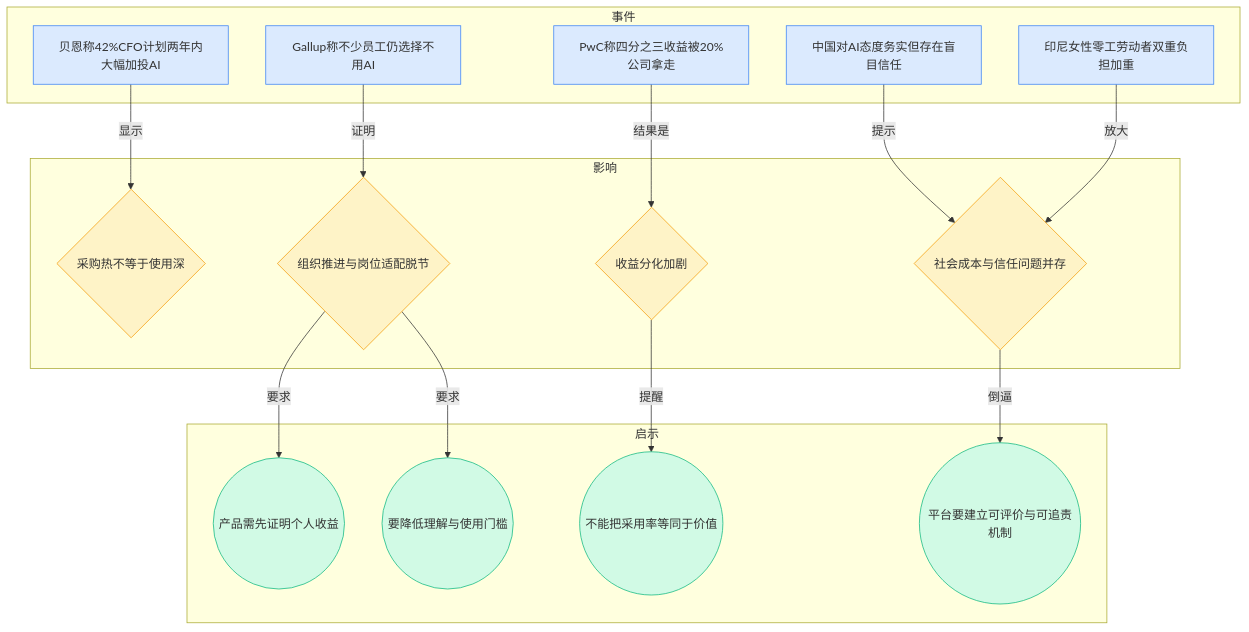
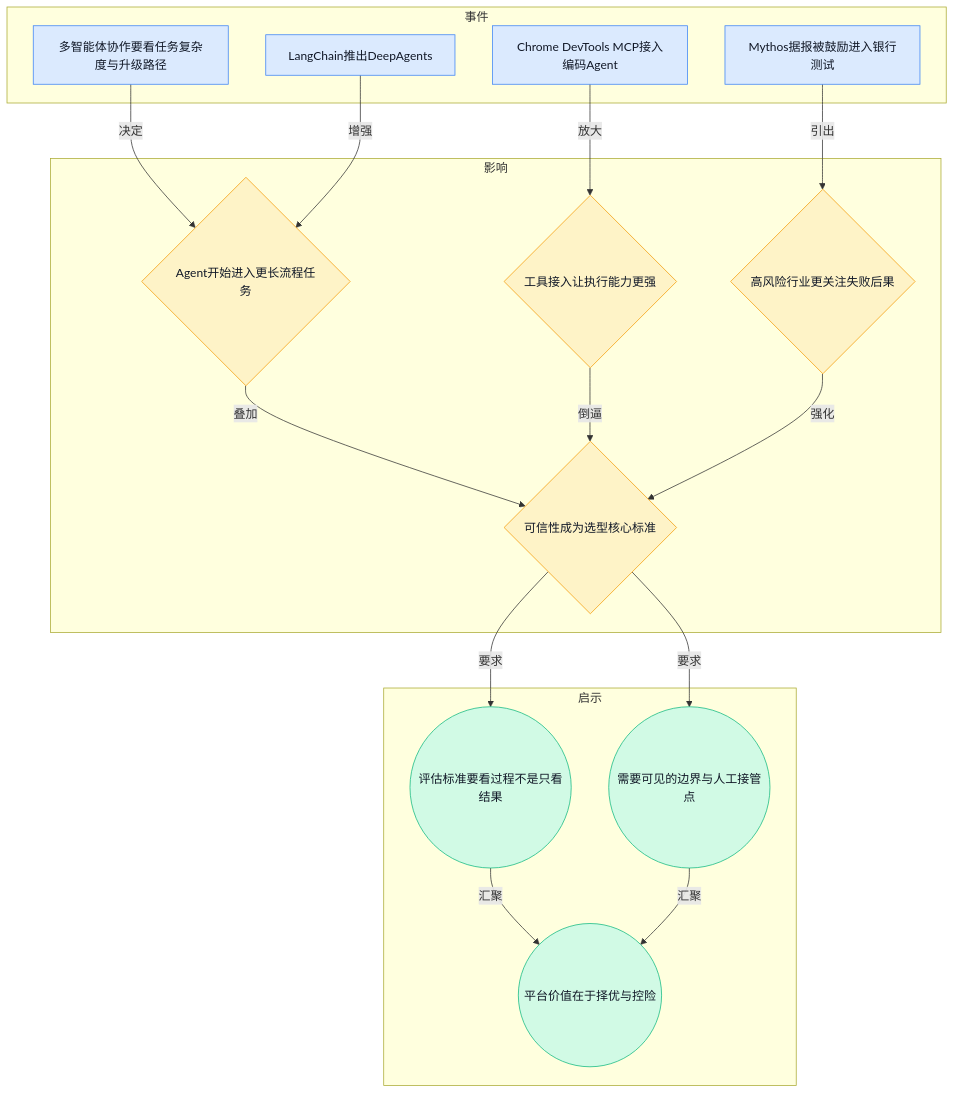
The sixth of 8 diagrams in content/cn/blog/weekly/2026-W16.md (ylzsdafei/ai-daily-site), drawn with Mermaid before and after one commit. The commit also changed other lines of this file and 1 other file, not shown here.

````diff
--- a/content/cn/blog/weekly/2026-W16.md
+++ b/content/cn/blog/weekly/2026-W16.md
@@ -167,37 +158,37 @@
 ```mermaid
 graph TD
 subgraph 事件
-A1[贝恩称42%CFO计划两年内大幅加投AI]
-A2[Gallup称不少员工仍选择不用AI]
-A3[PwC称四分之三收益被20%公司拿走]
-A4[中国对AI态度务实但存在盲目信任]
-A5[印尼女性零工劳动者双重负担加重]
+A[多智能体协作要看任务复杂度与升级路径]
+B[LangChain推出DeepAgents]
+C[Chrome DevTools MCP接入编码Agent]
+D[Mythos据报被鼓励进入银行测试]
 end
 subgraph 影响
-B1{采购热不等于使用深}
-B2{组织推进与岗位适配脱节}
-B3{收益分化加剧}
-B4{社会成本与信任问题并存}
+E{Agent开始进入更长流程任务}
+F{工具接入让执行能力更强}
+G{高风险行业更关注失败后果}
+H{可信性成为选型核心标准}
 end
 subgraph 启示
-C1((产品需先证明个人收益))
-C2((要降低理解与使用门槛))
-C3((不能把采用率等同于价值))
-C4((平台要建立可评价与可追责机制))
+I((评估标准要看过程不是只看结果))
+J((需要可见的边界与人工接管点))
+K((平台价值在于择优与控险))
 end
-A1 -->|显示| B1
-A2 -->|证明| B2
-A3 -->|结果是| B3
-A4 -->|提示| B4
-A5 -->|放大| B4
-B2 -->|要求| C1
-B2 -->|要求| C2
-B3 -->|提醒| C3
-B4 -->|倒逼| C4
-classDef blue fill:#dbeafe,stroke:#3b82f6
-classDef yellow fill:#fef3c7,stroke:#f59e0b
-classDef green fill:#d1fae5,stroke:#10b981
-class A1,A2,A3,A4,A5 blue
-class B1,B2,B3,B4 yellow
-class C1,C2,C3,C4 green
+A -->|决定| E
+B -->|增强| E
+C -->|放大| F
+D -->|引出| G
+E -->|叠加| H
+F -->|倒逼| H
+G -->|强化| H
+H -->|要求| I
+H -->|要求| J
+I -->|汇聚| K
+J -->|汇聚| K
+classDef blue fill:#dbeafe,stroke:#3b82f6,color:#111827
+classDef yellow fill:#fef3c7,stroke:#f59e0b,color:#111827
+classDef green fill:#d1fae5,stroke:#10b981,color:#111827
+class A,B,C,D blue
+class E,F,G,H yellow
+class I,J,K green
 ```
````
